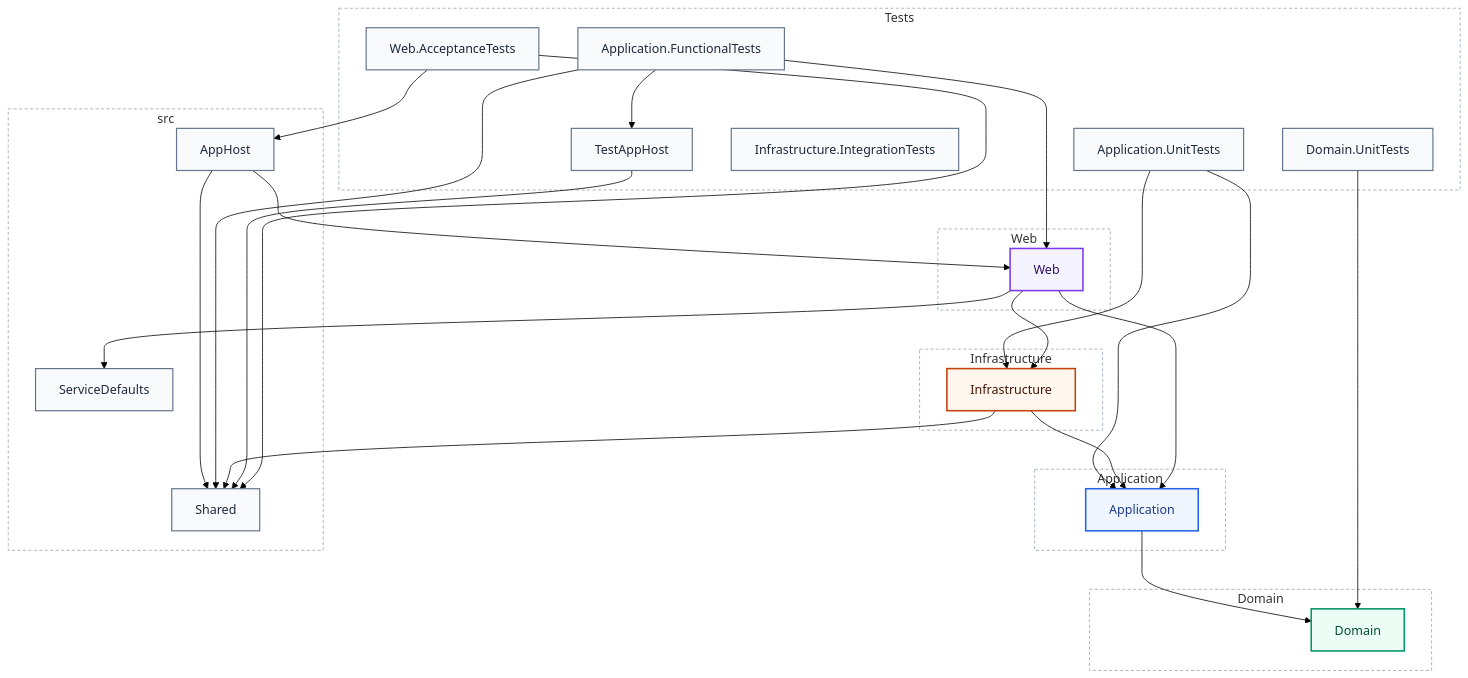
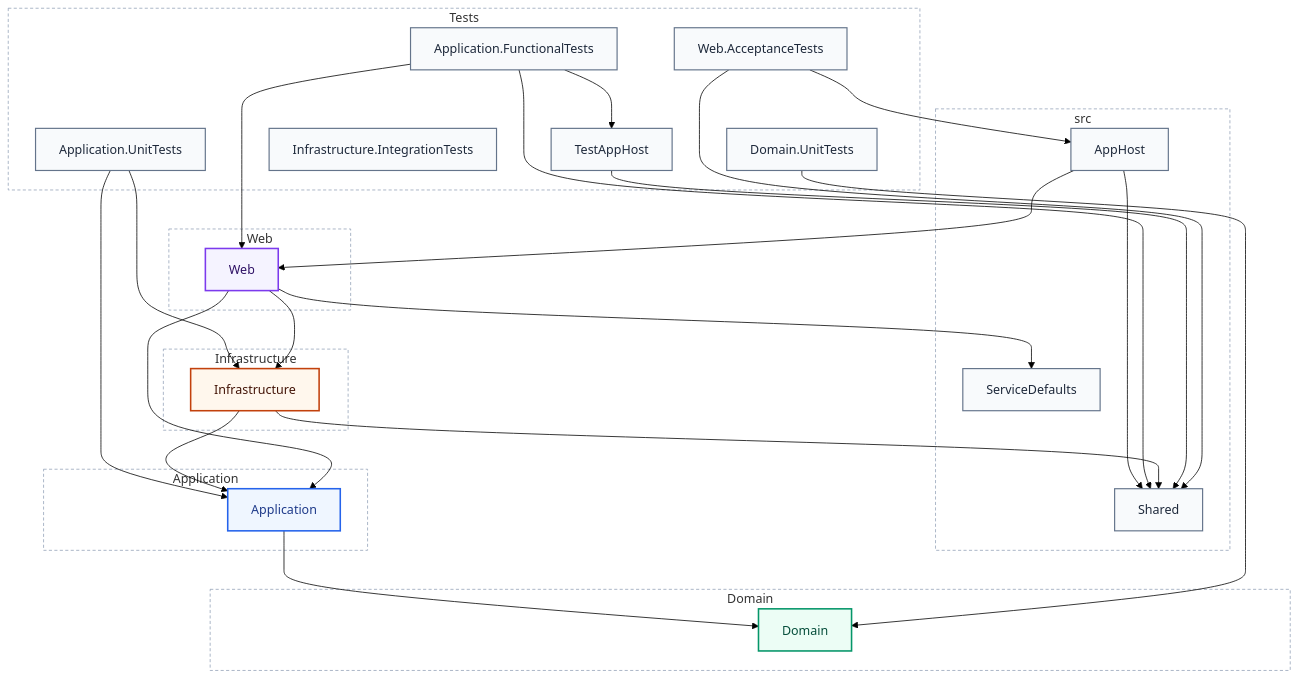
Before and after one commit to AbdullahHakima/cqrslens: the second of 21 diagrams in docs/sample-output/real-world/jasontaylor-ARCHITECTURE.md, drawn with Mermaid (forest theme). The commit also changed other lines of this file and 15 other files, not shown here.

Commit message:
docs: bring README, the validation snapshot and sample reports to 1.0.0 - diagrams as pre-rendered SVGs, real console output

````diff
--- a/docs/sample-output/real-world/jasontaylor-ARCHITECTURE.md
+++ b/docs/sample-output/real-world/jasontaylor-ARCHITECTURE.md
@@ -82,59 +92,59 @@
 ```mermaid
 flowchart TD
     accTitle: Layer diagram
     accDescr: 13 projects, 6 layers, 17 references.
-    subgraph lyr_Web["Web"]
-        prj_Web["Web"]:::clsLayerApi
-    end
-    subgraph lyr_Application["Application"]
-        prj_Application["Application"]:::clsLayerApplication
-    end
-    subgraph lyr_Infrastructure["Infrastructure"]
-        prj_Infrastructure["Infrastructure"]:::clsLayerInfrastructure
-    end
-    subgraph lyr_Domain["Domain"]
-        prj_Domain["Domain"]:::clsLayerDomain
-    end
     subgraph lyr_Tests["Tests"]
         prj_Application_FunctionalTests["Application.FunctionalTests"]:::clsLayerTests
         prj_Application_UnitTests["Application.UnitTests"]:::clsLayerTests
         prj_Domain_UnitTests["Domain.UnitTests"]:::clsLayerTests
         prj_Infrastructure_IntegrationTests["Infrastructure.IntegrationTests"]:::clsLayerTests
         prj_TestAppHost["TestAppHost"]:::clsLayerTests
         prj_Web_AcceptanceTests["Web.AcceptanceTests"]:::clsLayerTests
     end
+    subgraph lyr_Web["Web"]
+        prj_Web["Web"]:::clsLayerApi
+    end
     subgraph lyr_src["src"]
         prj_AppHost["AppHost"]:::clsLayerOther
         prj_ServiceDefaults["ServiceDefaults"]:::clsLayerOther
         prj_Shared["Shared"]:::clsLayerOther
+    end
+    subgraph lyr_Infrastructure["Infrastructure"]
+        prj_Infrastructure["Infrastructure"]:::clsLayerInfrastructure
+    end
+    subgraph lyr_Application["Application"]
+        prj_Application["Application"]:::clsLayerApplication
+    end
+    subgraph lyr_Domain["Domain"]
+        prj_Domain["Domain"]:::clsLayerDomain
     end
     prj_AppHost --> prj_Shared
     prj_AppHost --> prj_Web
     prj_Application --> prj_Domain
     prj_Application_FunctionalTests --> prj_Shared
     prj_Application_FunctionalTests --> prj_TestAppHost
     prj_Application_FunctionalTests --> prj_Web
     prj_Application_UnitTests --> prj_Application
     prj_Application_UnitTests --> prj_Infrastructure
     prj_Domain_UnitTests --> prj_Domain
     prj_Infrastructure --> prj_Application
     prj_Infrastructure --> prj_Shared
     prj_TestAppHost --> prj_Shared
     prj_Web --> prj_Application
     prj_Web --> prj_Infrastructure
     prj_Web --> prj_ServiceDefaults
     prj_Web_AcceptanceTests --> prj_AppHost
     prj_Web_AcceptanceTests --> prj_Shared
+    style lyr_Tests fill:none,stroke:#94a3b8,stroke-dasharray:4 3
     style lyr_Web fill:none,stroke:#94a3b8,stroke-dasharray:4 3
+    style lyr_src fill:none,stroke:#94a3b8,stroke-dasharray:4 3
+    style lyr_Infrastructure fill:none,stroke:#94a3b8,stroke-dasharray:4 3
     style lyr_Application fill:none,stroke:#94a3b8,stroke-dasharray:4 3
-    style lyr_Infrastructure fill:none,stroke:#94a3b8,stroke-dasharray:4 3
     style lyr_Domain fill:none,stroke:#94a3b8,stroke-dasharray:4 3
-    style lyr_Tests fill:none,stroke:#94a3b8,stroke-dasharray:4 3
-    style lyr_src fill:none,stroke:#94a3b8,stroke-dasharray:4 3
     classDef clsLayerDomain fill:#ecfdf5,stroke:#059669,stroke-width:2px,color:#064e3b
     classDef clsLayerApplication fill:#eff6ff,stroke:#2563eb,stroke-width:2px,color:#1e3a8a
     classDef clsLayerInfrastructure fill:#fff7ed,stroke:#c2410c,stroke-width:2px,color:#431407
     classDef clsLayerApi fill:#f5f3ff,stroke:#7c3aed,stroke-width:2px,color:#2e1065
     classDef clsLayerTests fill:#f8fafc,stroke:#64748b,stroke-width:1.5px,color:#1e293b
     classDef clsLayerOther fill:#f8fafc,stroke:#64748b,stroke-width:1.5px,color:#1e293b
 ```
````
